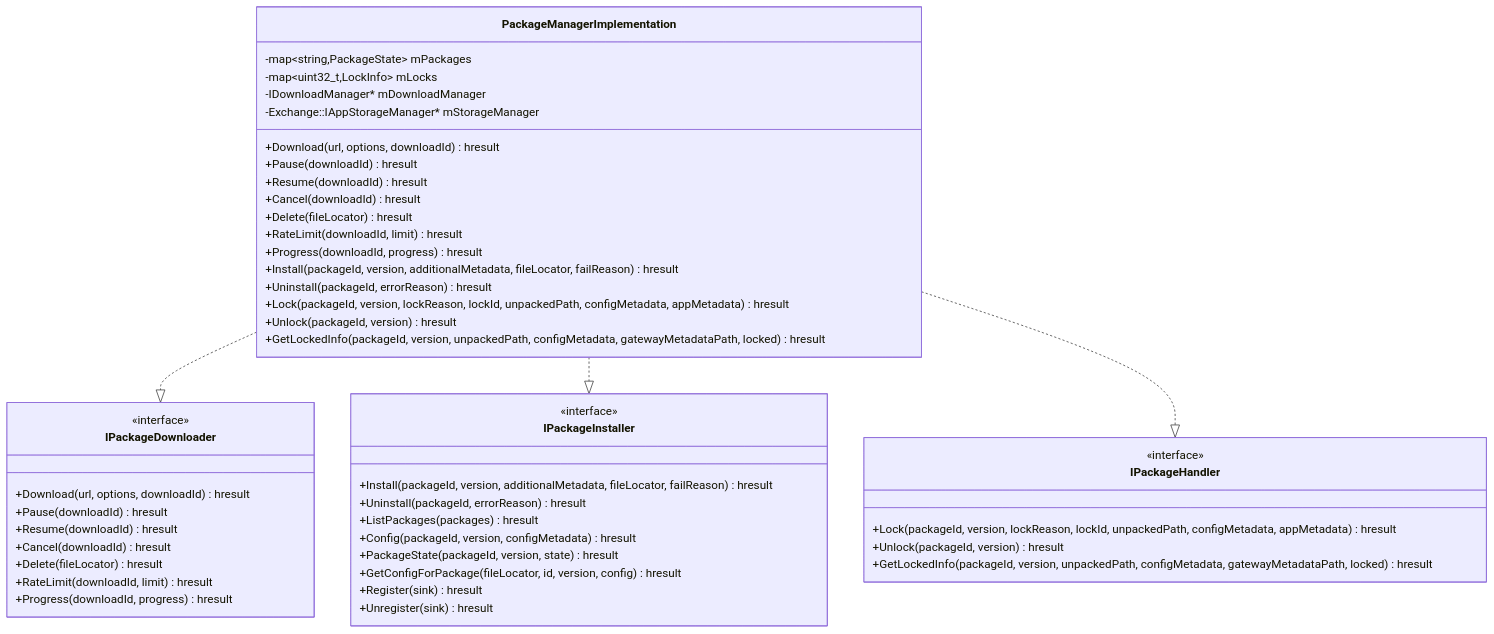
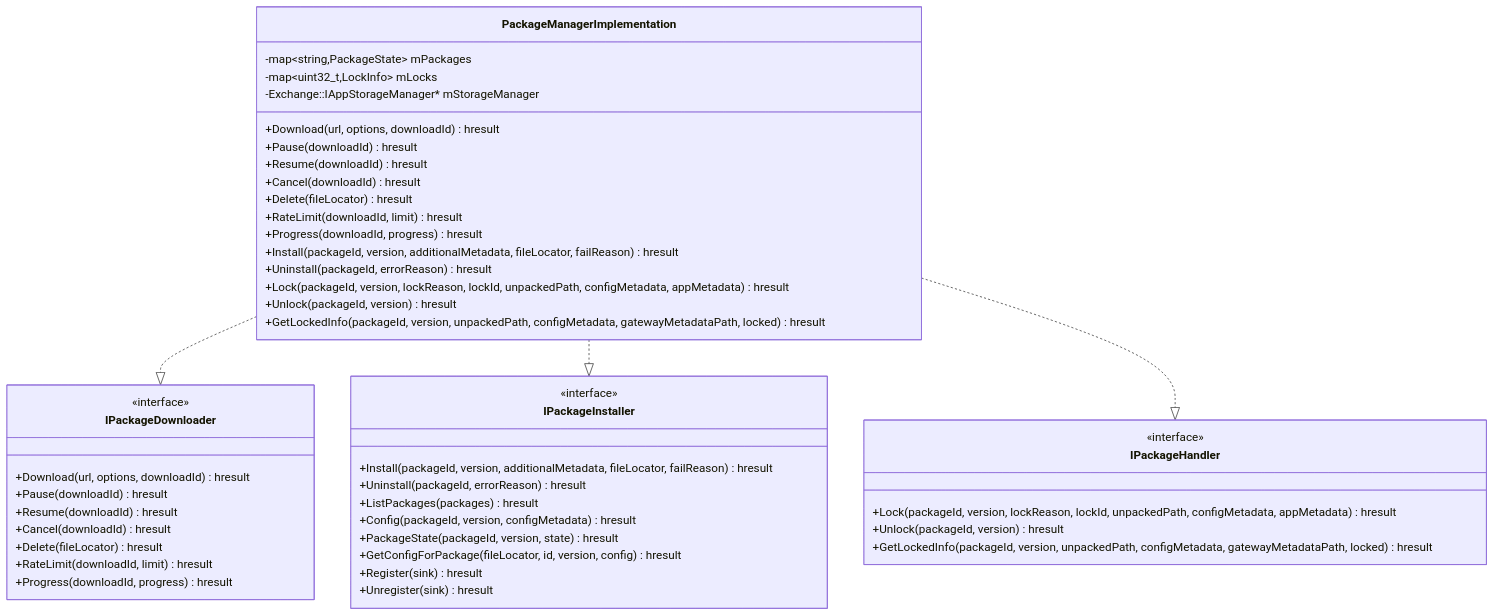
The second of 5 diagrams in PackageManager/PackageManager.md (rdkcentral/entservices-appmanagers), drawn with Mermaid before and after one commit. The commit also changed other lines of this file and 5 other files, not shown here.

````diff
--- a/PackageManager/PackageManager.md
+++ b/PackageManager/PackageManager.md
@@ -62,55 +59,54 @@
 ```mermaid
 classDiagram
     class PackageManagerImplementation {
         -map~string,PackageState~ mPackages
         -map~uint32_t,LockInfo~ mLocks
-        -IDownloadManager* mDownloadManager
         -Exchange::IAppStorageManager* mStorageManager
         +Download(url, options, downloadId) hresult
         +Pause(downloadId) hresult
         +Resume(downloadId) hresult
         +Cancel(downloadId) hresult
         +Delete(fileLocator) hresult
         +RateLimit(downloadId, limit) hresult
         +Progress(downloadId, progress) hresult
         +Install(packageId, version, additionalMetadata, fileLocator, failReason) hresult
         +Uninstall(packageId, errorReason) hresult
         +Lock(packageId, version, lockReason, lockId, unpackedPath, configMetadata, appMetadata) hresult
         +Unlock(packageId, version) hresult
         +GetLockedInfo(packageId, version, unpackedPath, configMetadata, gatewayMetadataPath, locked) hresult
     }
 
     class IPackageDownloader {
         <<interface>>
         +Download(url, options, downloadId) hresult
         +Pause(downloadId) hresult
         +Resume(downloadId) hresult
         +Cancel(downloadId) hresult
         +Delete(fileLocator) hresult
         +RateLimit(downloadId, limit) hresult
         +Progress(downloadId, progress) hresult
     }
 
     class IPackageInstaller {
         <<interface>>
         +Install(packageId, version, additionalMetadata, fileLocator, failReason) hresult
         +Uninstall(packageId, errorReason) hresult
         +ListPackages(packages) hresult
         +Config(packageId, version, configMetadata) hresult
         +PackageState(packageId, version, state) hresult
         +GetConfigForPackage(fileLocator, id, version, config) hresult
         +Register(sink) hresult
         +Unregister(sink) hresult
     }
 
     class IPackageHandler {
         <<interface>>
         +Lock(packageId, version, lockReason, lockId, unpackedPath, configMetadata, appMetadata) hresult
         +Unlock(packageId, version) hresult
         +GetLockedInfo(packageId, version, unpackedPath, configMetadata, gatewayMetadataPath, locked) hresult
     }
 
     PackageManagerImplementation ..|> IPackageDownloader
     PackageManagerImplementation ..|> IPackageInstaller
     PackageManagerImplementation ..|> IPackageHandler
 ```
````
